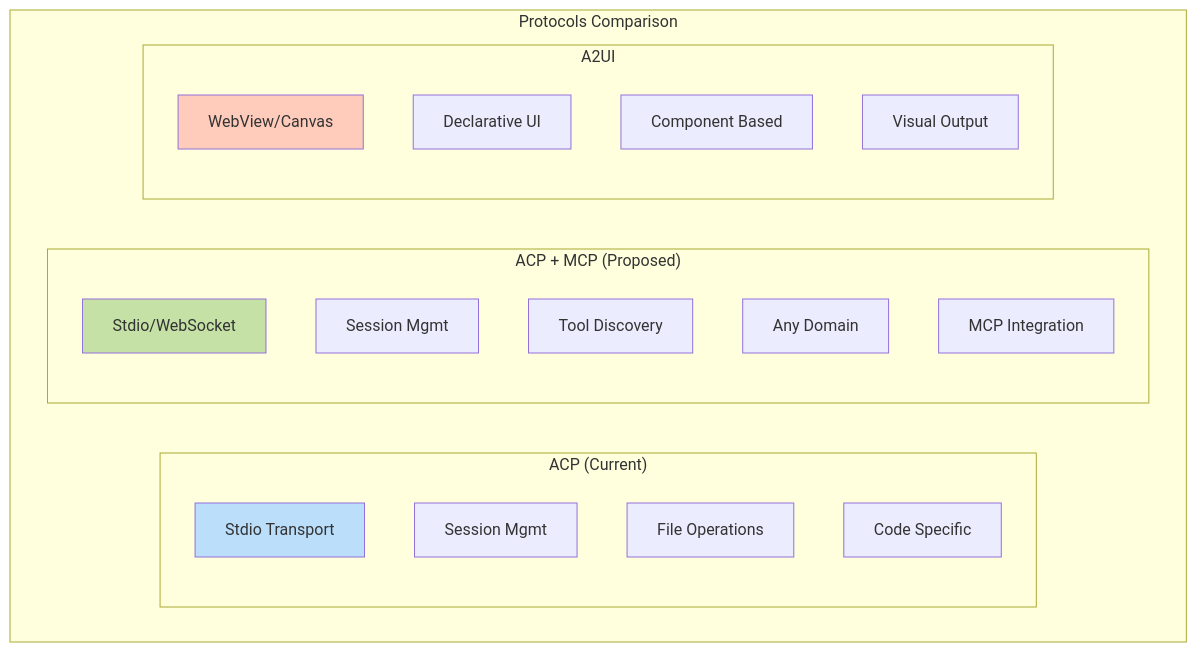
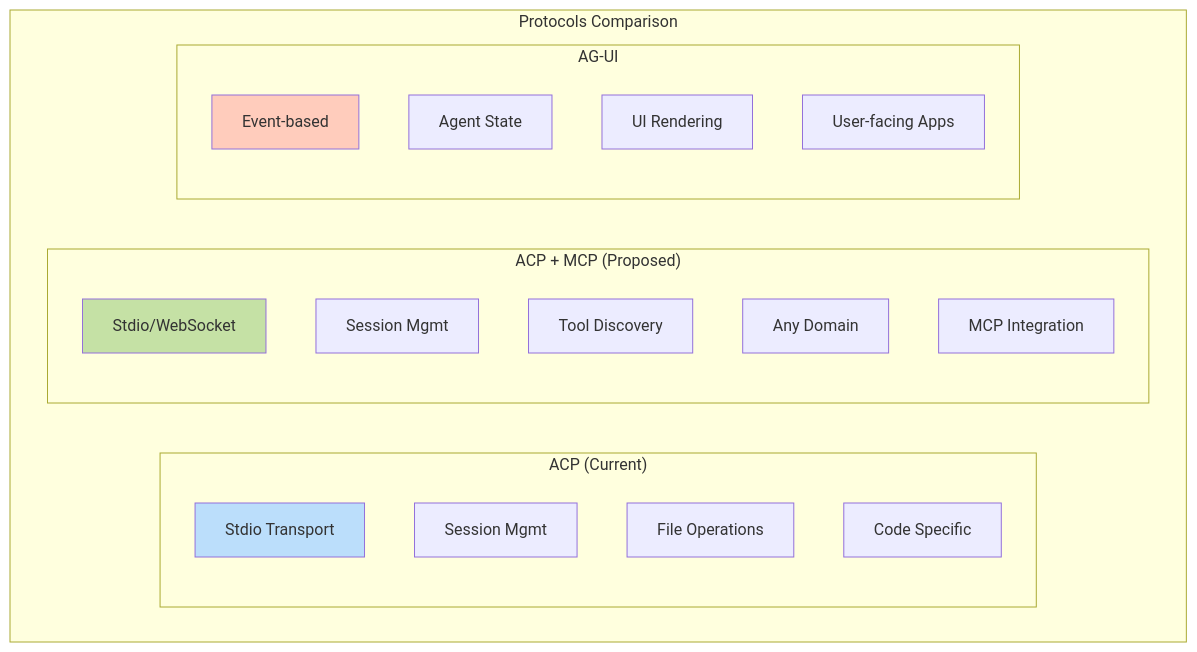
The ninth of 12 diagrams in DIAGRAMS.md (EponaLab/universal-agent-protocol), drawn with Mermaid before and after one commit. The commit also changed other lines of this file and 1 other file, not shown here.

First line of the commit message:
Update FAQ and diagrams to reflect AG-UI

````diff
--- a/DIAGRAMS.md
+++ b/DIAGRAMS.md
@@ -246,32 +246,32 @@
 ```mermaid
 graph TB
     subgraph "Protocols Comparison"
         direction LR
         
         subgraph "ACP (Current)"
             ACP1[Stdio Transport]
             ACP2[Session Mgmt]
             ACP3[File Operations]
             ACP4[Code Specific]
         end
         
         subgraph "ACP + MCP (Proposed)"
             ACPM1[Stdio/WebSocket]
             ACPM2[Session Mgmt]
             ACPM3[Tool Discovery]
             ACPM4[Any Domain]
             ACPM5[MCP Integration]
         end
         
-        subgraph "A2UI"
-            A2UI1[WebView/Canvas]
-            A2UI2[Declarative UI]
-            A2UI3[Component Based]
-            A2UI4[Visual Output]
+        subgraph "AG-UI"
+            AGUI1[Event-based]
+            AGUI2[Agent State]
+            AGUI3[UI Rendering]
+            AGUI4[User-facing Apps]
         end
     end
     
     style ACP1 fill:#bbdefb
     style ACPM1 fill:#c5e1a5
-    style A2UI1 fill:#ffccbc
+    style AGUI1 fill:#ffccbc
 ```
````
